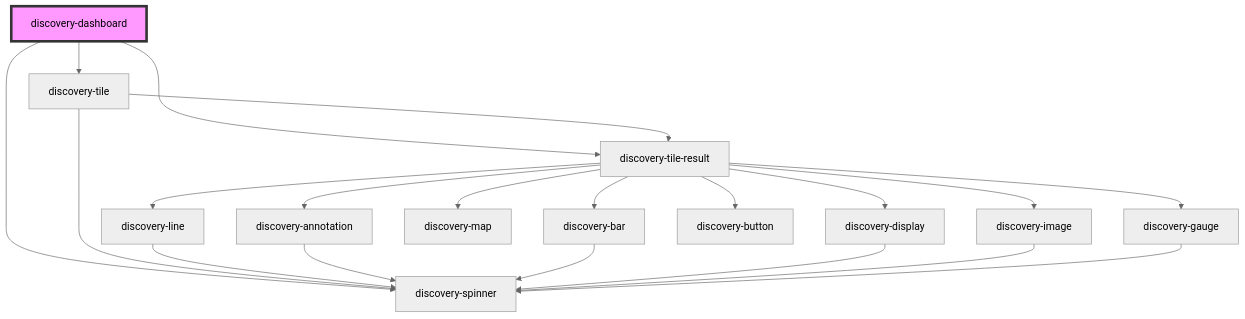
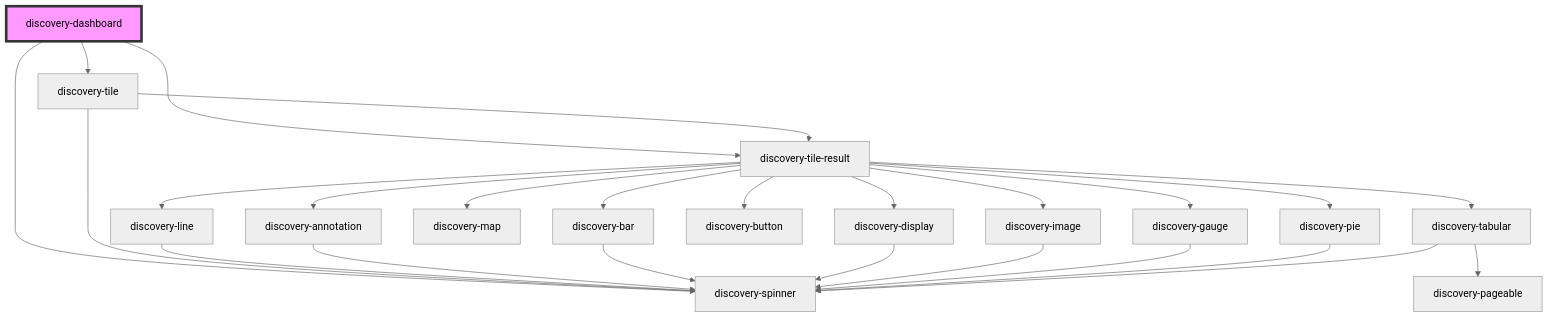
The diagram in src/components/discovery-dashboard/readme.md (senx/discovery-widgets), drawn with Mermaid (neutral theme) before and after one commit. The commit also changed 13 other files, not shown here.

````diff
--- a/src/components/discovery-dashboard/readme.md
+++ b/src/components/discovery-dashboard/readme.md
@@ -38,23 +38,28 @@
 ```mermaid
 graph TD;
   discovery-dashboard --> discovery-tile
   discovery-dashboard --> discovery-tile-result
   discovery-dashboard --> discovery-spinner
   discovery-tile --> discovery-tile-result
   discovery-tile --> discovery-spinner
   discovery-tile-result --> discovery-line
   discovery-tile-result --> discovery-annotation
   discovery-tile-result --> discovery-bar
   discovery-tile-result --> discovery-display
   discovery-tile-result --> discovery-map
   discovery-tile-result --> discovery-image
   discovery-tile-result --> discovery-button
   discovery-tile-result --> discovery-gauge
+  discovery-tile-result --> discovery-pie
+  discovery-tile-result --> discovery-tabular
   discovery-line --> discovery-spinner
   discovery-annotation --> discovery-spinner
   discovery-bar --> discovery-spinner
   discovery-display --> discovery-spinner
   discovery-image --> discovery-spinner
   discovery-gauge --> discovery-spinner
+  discovery-pie --> discovery-spinner
+  discovery-tabular --> discovery-spinner
+  discovery-tabular --> discovery-pageable
   style discovery-dashboard fill:#f9f,stroke:#333,stroke-width:4px
 ```
````
